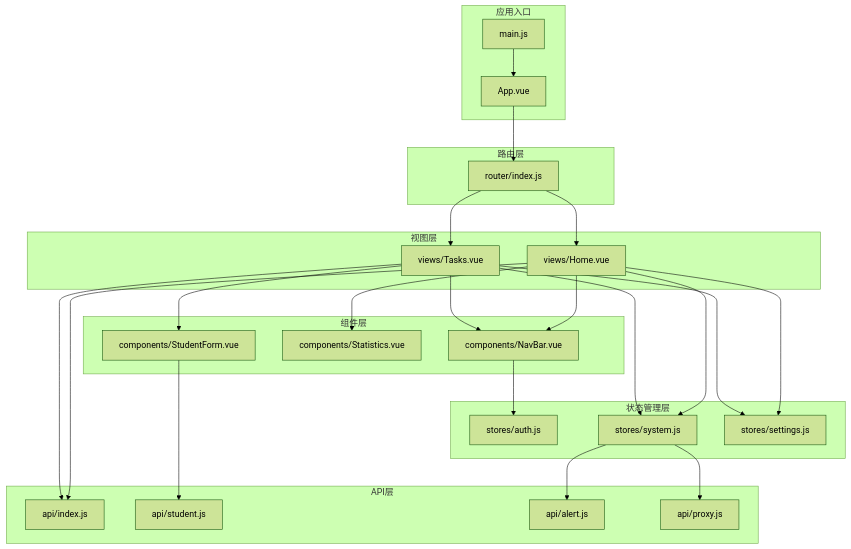
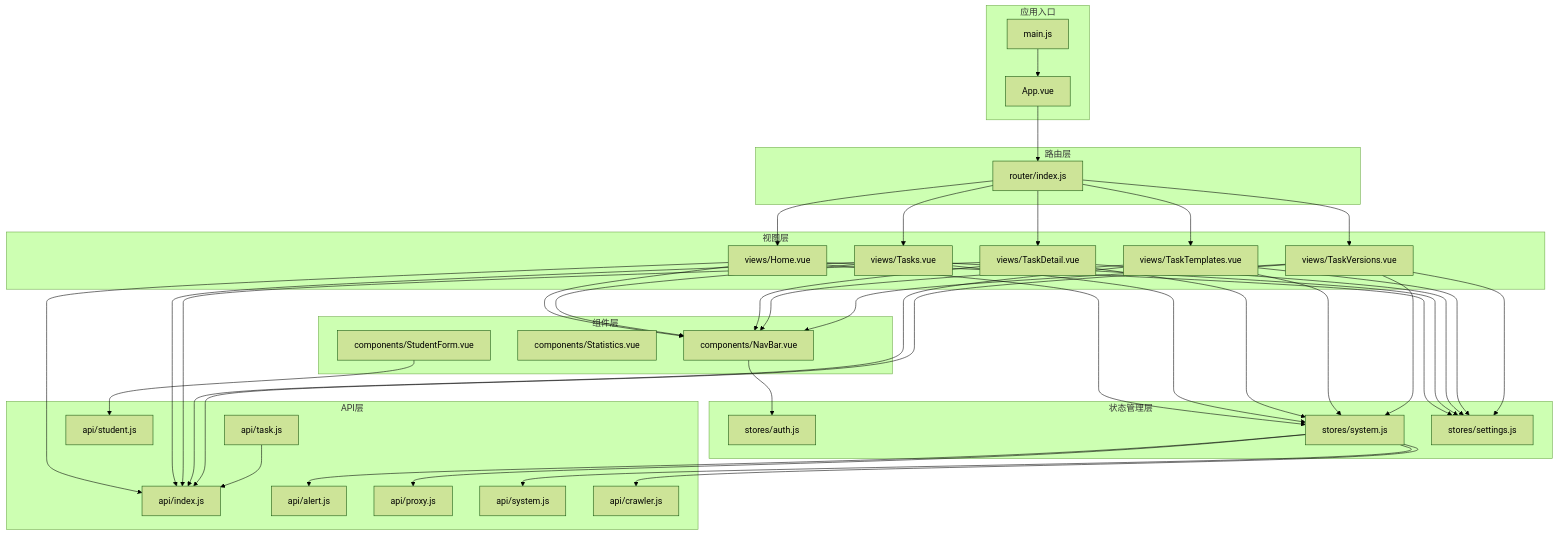
One commit to pxc12345/crawler-vue3 changed the first of 7 diagrams in .qoder/repowiki/zh/content/前端开发指南/组件系统/组件系统.md. Above: the diagram before and after it, drawn with Mermaid (forest theme). The commit also changed other lines of this file and 12 other files, not shown here.

````diff
--- a/.qoder/repowiki/zh/content/前端开发指南/组件系统/组件系统.md
+++ b/.qoder/repowiki/zh/content/前端开发指南/组件系统/组件系统.md
@@ -57,48 +63,70 @@
 ```mermaid
 graph TB
 subgraph "应用入口"
 A["main.js"]
 B["App.vue"]
 end
 subgraph "路由层"
 R["router/index.js"]
 end
 subgraph "视图层"
 V1["views/Home.vue"]
 V2["views/Tasks.vue"]
+V3["views/TaskDetail.vue"]
+V4["views/TaskTemplates.vue"]
+V5["views/TaskVersions.vue"]
 end
 subgraph "组件层"
 C1["components/NavBar.vue"]
 C2["components/Statistics.vue"]
 C3["components/StudentForm.vue"]
 end
 subgraph "状态管理层"
 S1["stores/auth.js"]
 S2["stores/system.js"]
 S3["stores/settings.js"]
 end
 subgraph "API层"
 API["api/index.js"]
+APIT["api/task.js"]
 APIS["api/student.js"]
 APIC["api/alert.js"]
 APIP["api/proxy.js"]
+APISY["api/system.js"]
+APICR["api/crawler.js"]
 end
 A --> B
 B --> R
 R --> V1
 R --> V2
+R --> V3
+R --> V4
+R --> V5
 V1 --> C1
 V2 --> C1
-V1 --> C2
-V2 --> C3
+V3 --> C1
+V4 --> C1
+V5 --> C1
 C1 --> S1
 V1 --> S2
 V2 --> S2
+V3 --> S2
+V4 --> S2
+V5 --> S2
 V1 --> S3
 V2 --> S3
+V3 --> S3
+V4 --> S3
+V5 --> S3
 V1 --> API
 V2 --> API
+V3 --> API
+V4 --> API
+V5 --> API
 C3 --> APIS
 S2 --> APIC
 S2 --> APIP
+S2 --> APISY
+S2 --> APICR
+APIT --> API
 ```
````
